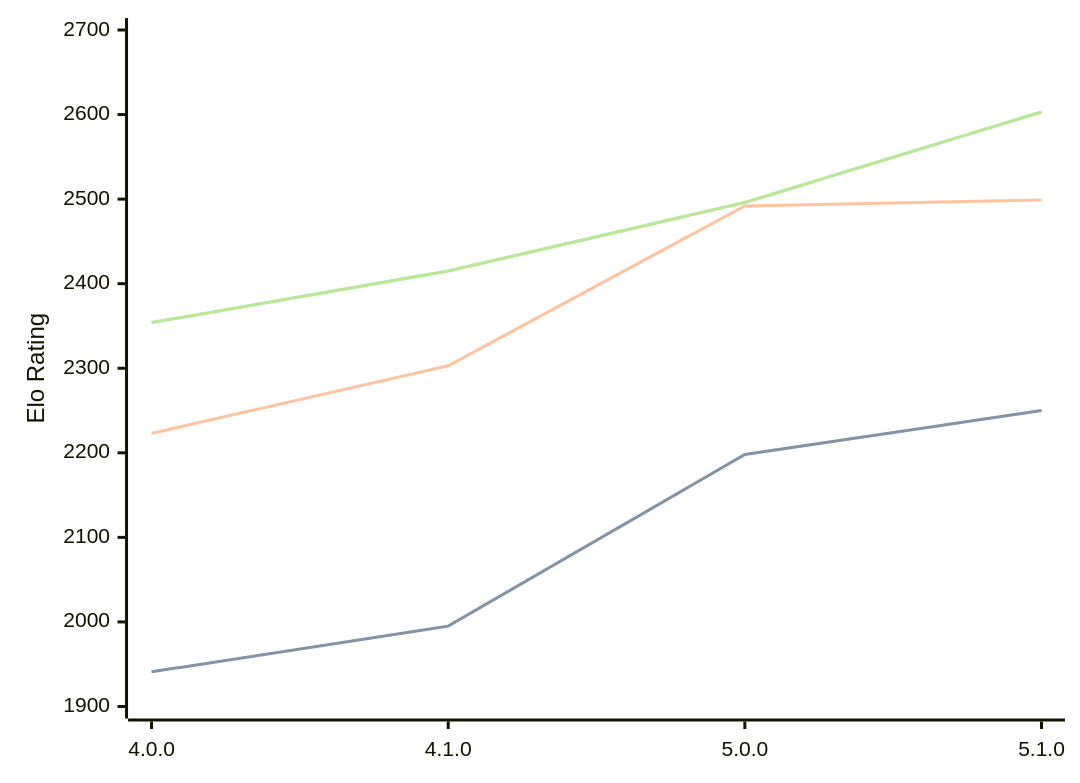
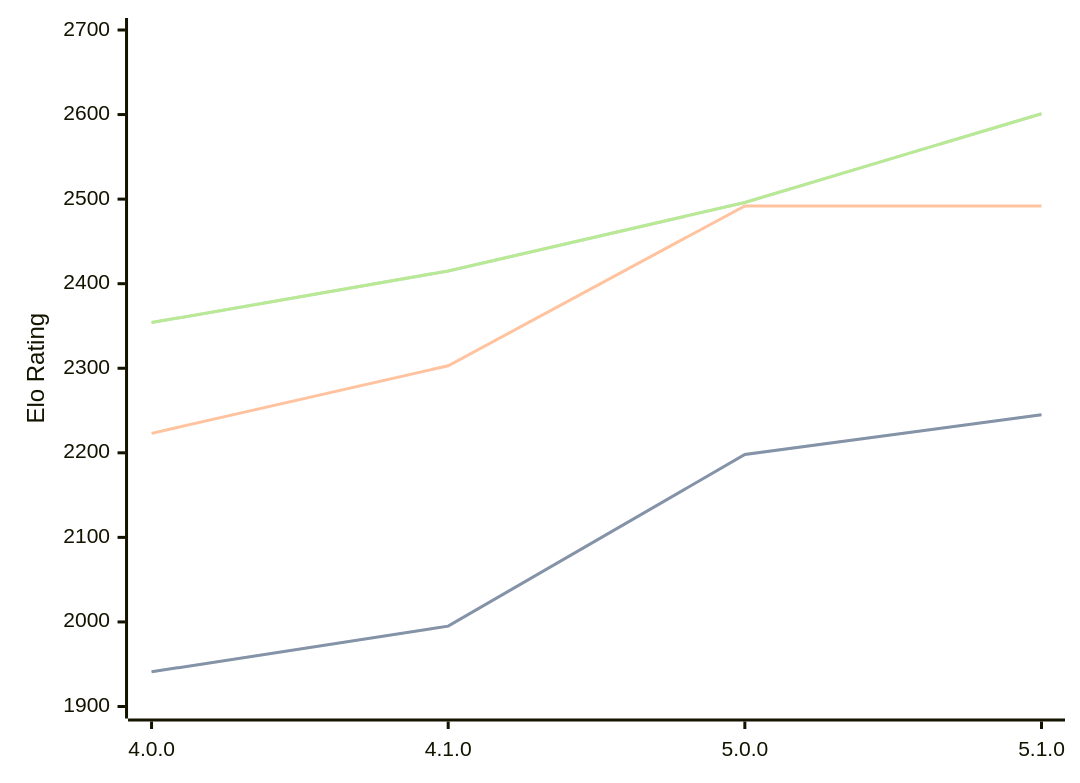
One commit to computer-chess-index/cci changed the diagram in engines/Aconcagua.md. Above: the diagram before and after it, drawn with Mermaid. The commit also changed other lines of this file, not shown here.

Commit message:
Update CCI Ratings (ELO VLTC) - 2026-03-13

````diff
--- a/engines/Aconcagua.md
+++ b/engines/Aconcagua.md
@@ -41,11 +41,11 @@
 ```mermaid
 %%{init: {"theme":"base","themeVariables":{"seriesColors:['#a3a3a3','#222221','#faa371']}}}%%
 xychart-beta
   x-axis ["4.0.0", "4.1.0", "5.0.0", "5.1.0"]
   y-axis "Elo Rating" 1900 --> 2700
-  line "STC (8.0+0.08s)" [1941, 1995, 2198, 2250]
-  line "STC (8.0+0.08s)" [1941, 1995, 2198, 2250]
-  line "LTC (60.0+0.60s)" [2223, 2303, 2492, 2499]
-  line "VLTC (2m24s+1.12s)" [2354, 2415, 2496, 2603]
-  line "VLTC (2m24s+1.12s)" [2354, 2415, 2496, 2603]
+  line "STC (8.0+0.08s)" [1941, 1995, 2198, 2245]
+  line "STC (8.0+0.08s)" [1941, 1995, 2198, 2245]
+  line "LTC (60.0+0.60s)" [2223, 2303, 2492, 2492]
+  line "VLTC (2m24s+1.12s)" [2354, 2415, 2496, 2601]
+  line "VLTC (2m24s+1.12s)" [2354, 2415, 2496, 2601]
 ```
````
